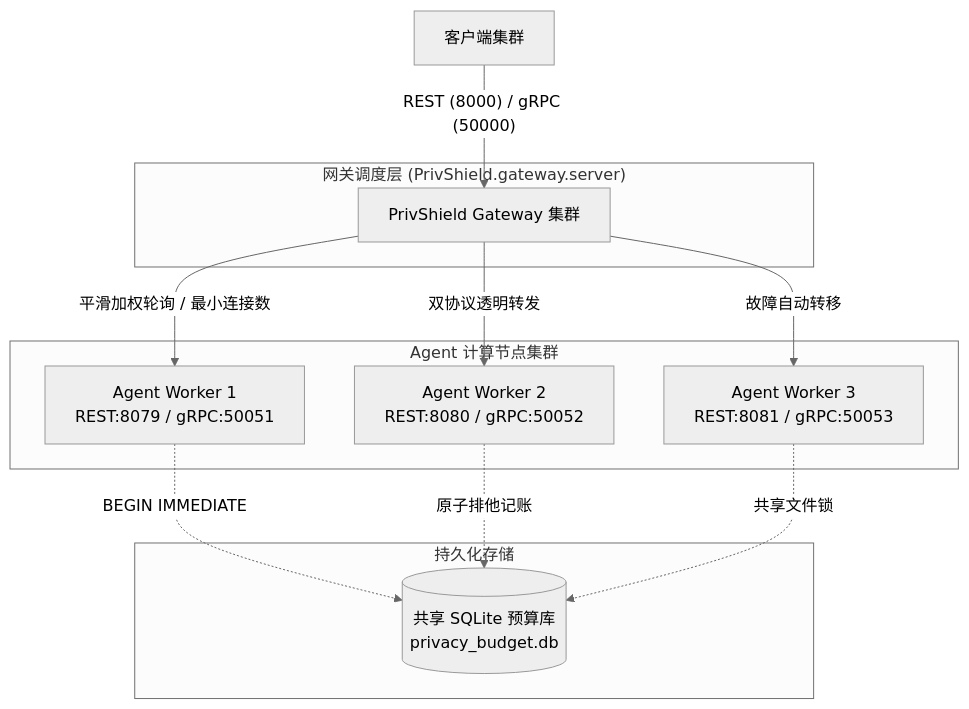
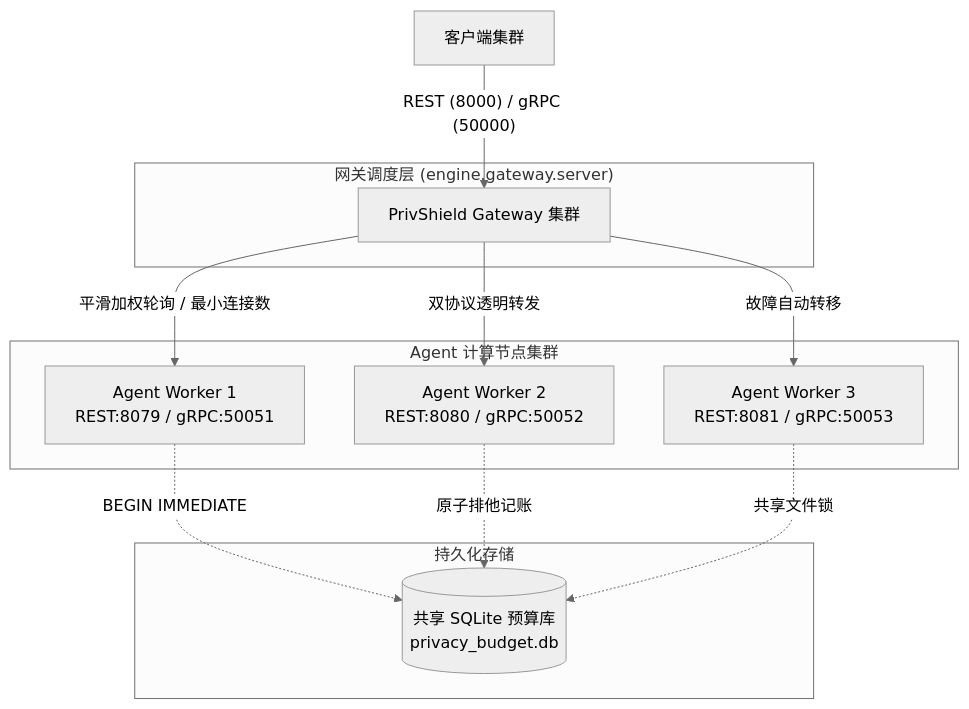
Before and after one commit to fengzhizi319/PrivShield: the first of 2 diagrams in docs/gateway_balancer/ops.md, drawn with Mermaid (neutral theme). The commit also changed other lines of this file and 182 other files, not shown here.

````diff
--- a/docs/gateway_balancer/ops.md
+++ b/docs/gateway_balancer/ops.md
@@ -68,26 +68,26 @@
 ```mermaid
 graph TD
     Client[客户端集群] -->|"REST (8000) / gRPC (50000)"| GW[PrivShield Gateway 集群]
     
-    subgraph GatewayLayer ["网关调度层 (PrivShield.gateway.server)"]
+    subgraph GatewayLayer ["网关调度层 (engine.gateway.server)"]
         GW
     end
 
     subgraph WorkerCluster [Agent 计算节点集群]
         W1[Agent Worker 1<br/>REST:8079 / gRPC:50051]
         W2[Agent Worker 2<br/>REST:8080 / gRPC:50052]
         W3[Agent Worker 3<br/>REST:8081 / gRPC:50053]
     end
 
     subgraph Storage [持久化存储]
         BudgetDB[("共享 SQLite 预算库<br/>privacy_budget.db")]
     end
 
     GW -->|平滑加权轮询 / 最小连接数| W1
     GW -->|双协议透明转发| W2
     GW -->|故障自动转移| W3
 
     W1 -.->|BEGIN IMMEDIATE| BudgetDB
     W2 -.->|原子排他记账| BudgetDB
     W3 -.->|共享文件锁| BudgetDB
 ```
````
